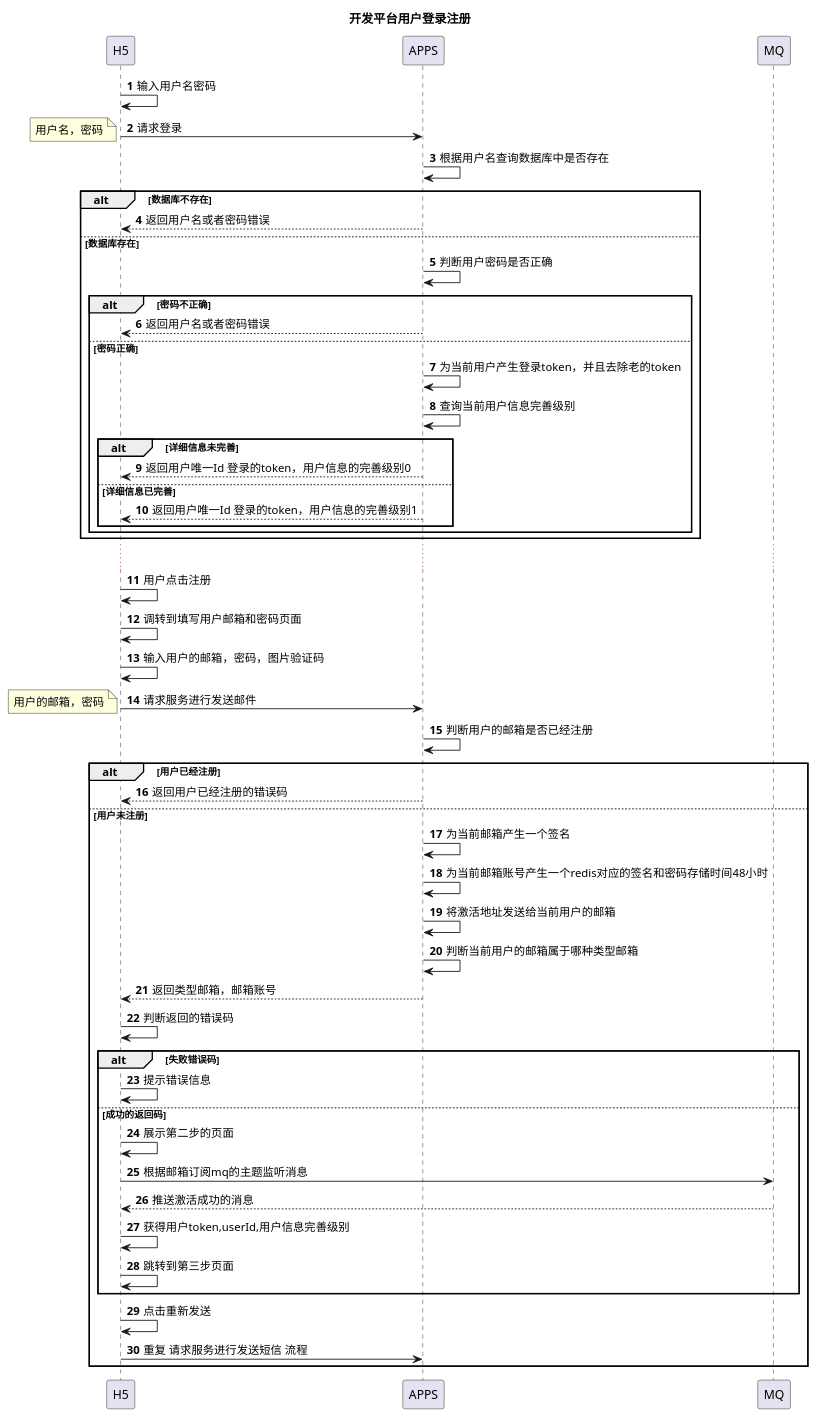
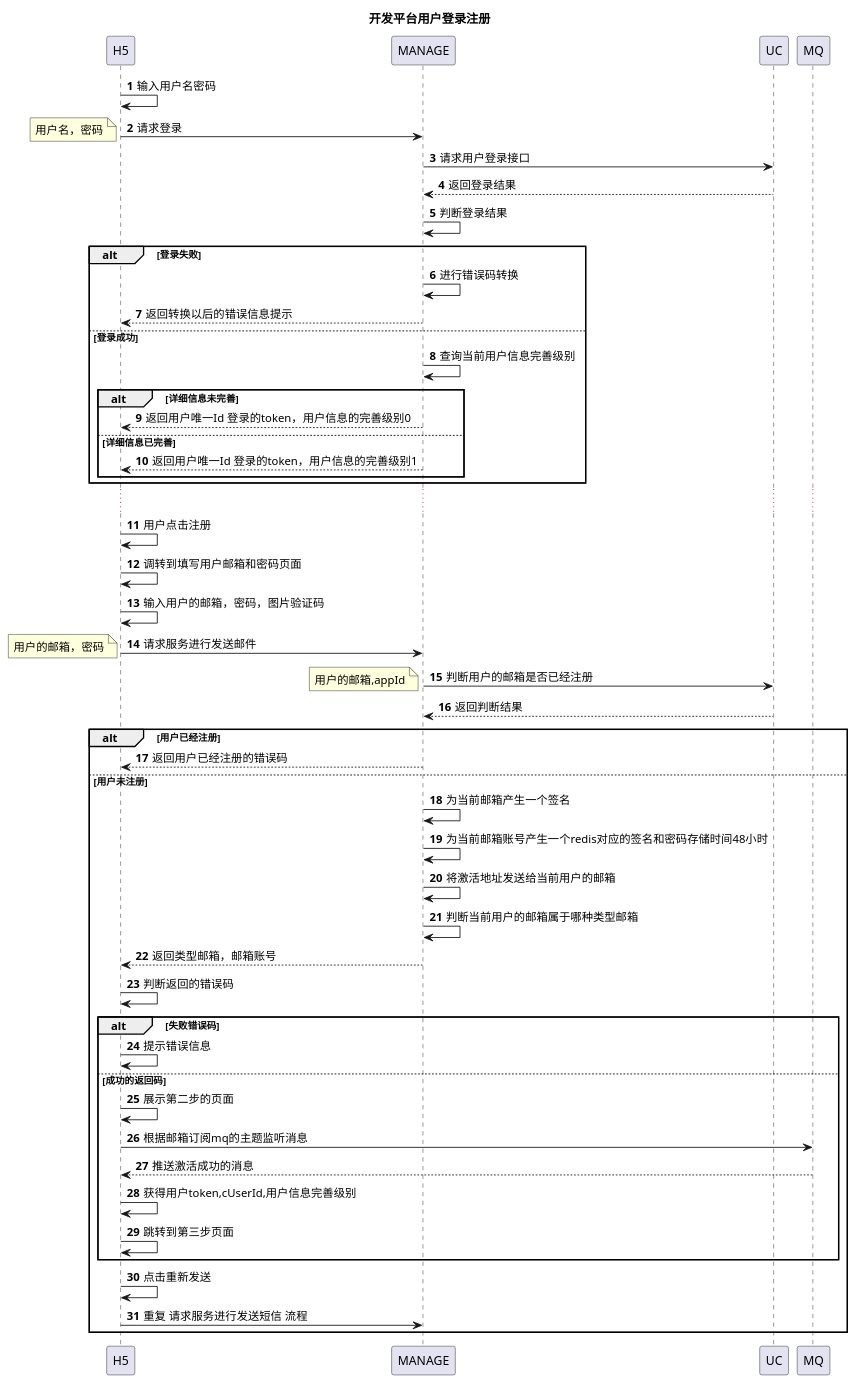
One commit to 13589080127/zc-test changed the diagram in doc/开放平台/开放平台用户登录注册.puml. Above: the diagram before and after it, drawn with PlantUML. The commit also changed 2 other files, not shown here.

```diff
--- a/doc/开放平台/开放平台用户登录注册.puml
+++ b/doc/开放平台/开放平台用户登录注册.puml
@@ -1,52 +1,51 @@
 @startuml
 title:开发平台用户登录注册
 autonumber
 H5->H5:输入用户名密码
-H5->APPS:请求登录
+H5->MANAGE:请求登录
 note left:用户名，密码
-APPS->APPS:根据用户名查询数据库中是否存在
-alt 数据库不存在
-APPS-->H5:返回用户名或者密码错误
-else 数据库存在
-APPS->APPS:判断用户密码是否正确
-alt 密码不正确
-APPS-->H5:返回用户名或者密码错误
-else 密码正确
-APPS->APPS:为当前用户产生登录token，并且去除老的token
-APPS->APPS:查询当前用户信息完善级别
+MANAGE->UC:请求用户登录接口
+UC-->MANAGE:返回登录结果
+MANAGE->MANAGE:判断登录结果
+alt 登录失败
+MANAGE->MANAGE:进行错误码转换
+MANAGE-->H5:返回转换以后的错误信息提示
+else 登录成功
+MANAGE->MANAGE:查询当前用户信息完善级别
 alt 详细信息未完善
-APPS-->H5:返回用户唯一Id 登录的token，用户信息的完善级别0
+MANAGE-->H5:返回用户唯一Id 登录的token，用户信息的完善级别0
 else 详细信息已完善
-APPS-->H5:返回用户唯一Id 登录的token，用户信息的完善级别1
-end
+MANAGE-->H5:返回用户唯一Id 登录的token，用户信息的完善级别1
 end
 end
 ...
 H5->H5:用户点击注册
 H5->H5:调转到填写用户邮箱和密码页面
 H5->H5:输入用户的邮箱，密码，图片验证码
-H5->APPS:请求服务进行发送邮件
+H5->MANAGE:请求服务进行发送邮件
 note left:用户的邮箱，密码
-APPS->APPS:判断用户的邮箱是否已经注册
+MANAGE->UC:判断用户的邮箱是否已经注册
+note left:用户的邮箱,appId
+UC-->MANAGE:返回判断结果
 alt 用户已经注册
-APPS-->H5:返回用户已经注册的错误码
+MANAGE-->H5:返回用户已经注册的错误码
 else 用户未注册
-APPS->APPS:为当前邮箱产生一个签名
-APPS->APPS:为当前邮箱账号产生一个redis对应的签名和密码存储时间48小时
-APPS->APPS:将激活地址发送给当前用户的邮箱
-APPS->APPS:判断当前用户的邮箱属于哪种类型邮箱
-APPS-->H5:返回类型邮箱，邮箱账号
+MANAGE->MANAGE:为当前邮箱产生一个签名
+MANAGE->MANAGE:为当前邮箱账号产生一个redis对应的签名和密码存储时间48小时
+MANAGE->MANAGE:将激活地址发送给当前用户的邮箱
+MANAGE->MANAGE:判断当前用户的邮箱属于哪种类型邮箱
+MANAGE-->H5:返回类型邮箱，邮箱账号
 H5->H5:判断返回的错误码
 alt 失败错误码
 H5->H5:提示错误信息
 else 成功的返回码
 H5->H5:展示第二步的页面
 H5->MQ:根据邮箱订阅mq的主题监听消息
 MQ-->H5:推送激活成功的消息
-H5->H5:获得用户token,userId,用户信息完善级别
+H5->H5:获得用户token,cUserId,用户信息完善级别
 H5->H5:跳转到第三步页面
 end
 H5->H5:点击重新发送
-H5->APPS:重复 请求服务进行发送短信 流程
+H5->MANAGE:重复 请求服务进行发送短信 流程
 end
 @enduml
```
